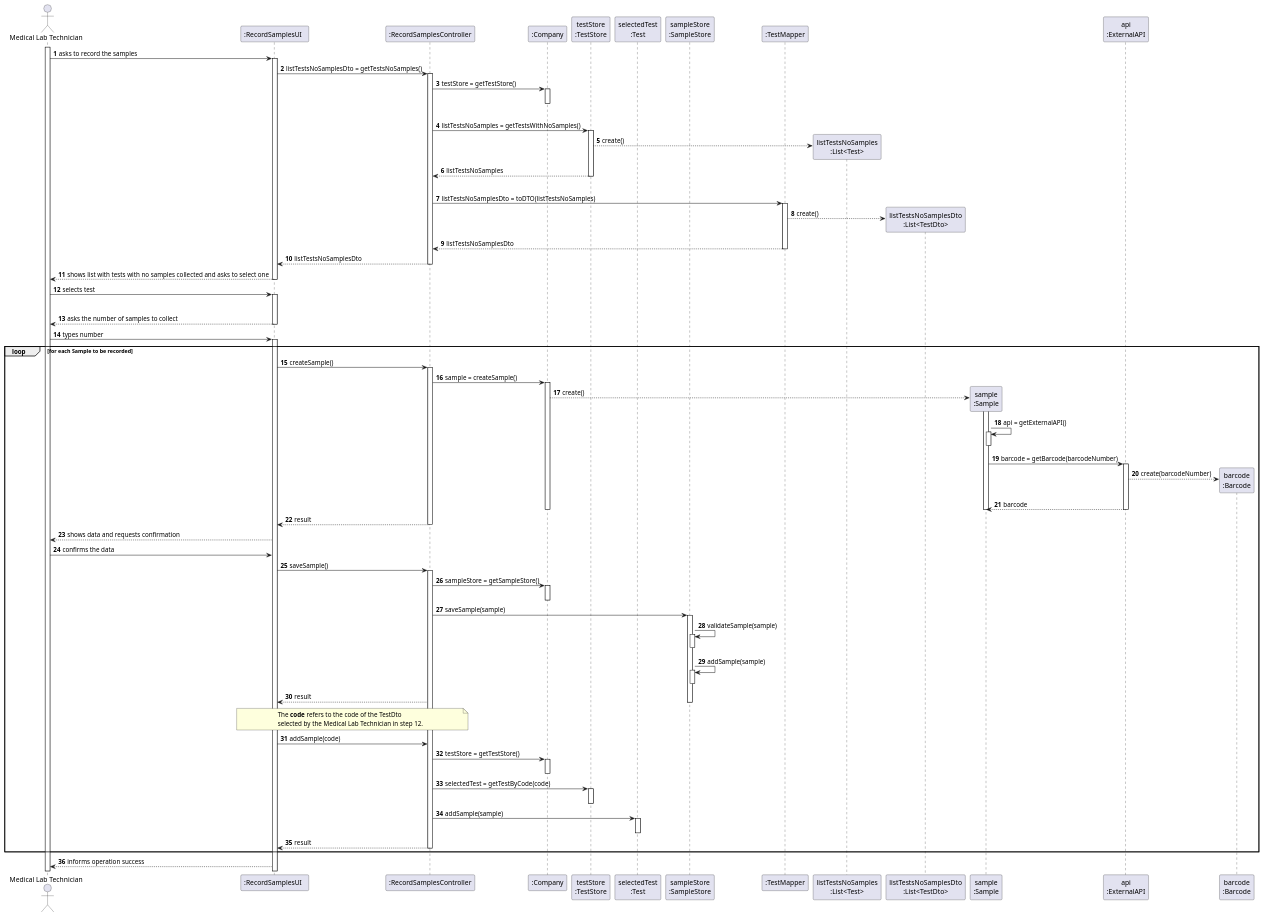
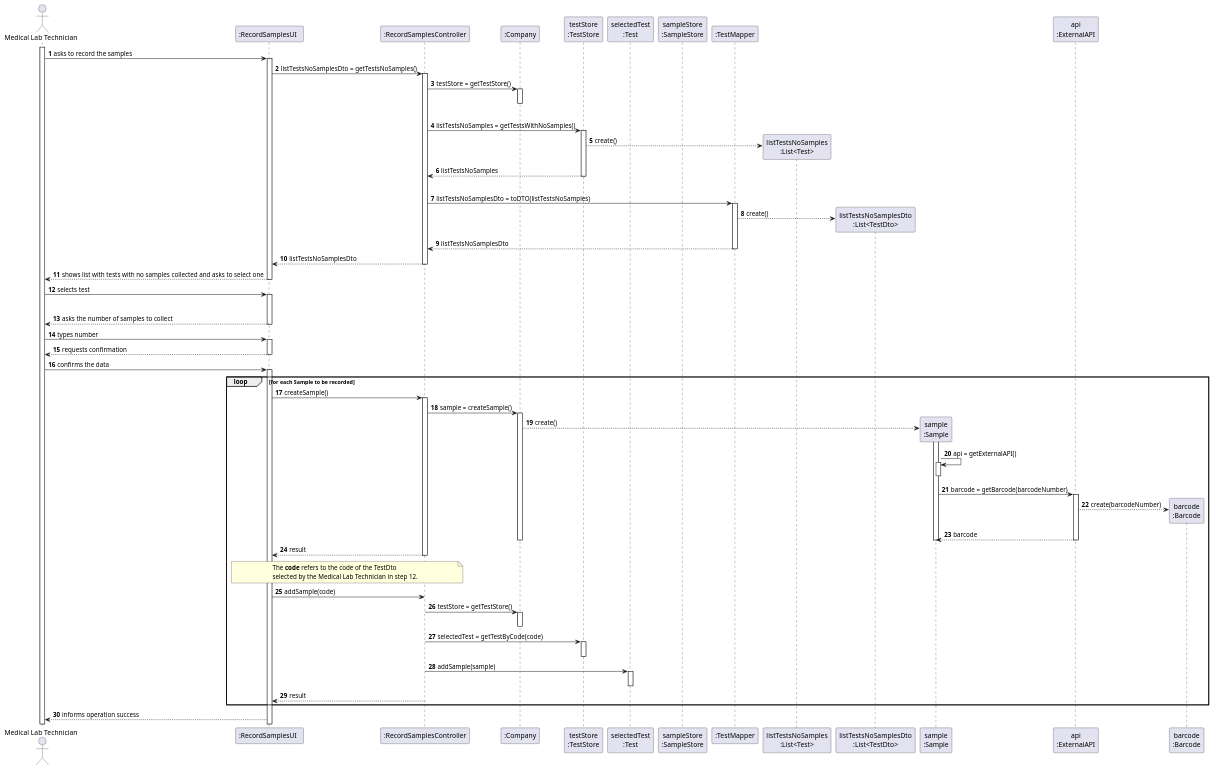
Before and after one commit to ana-albergaria/LAPR2-ISEP: the diagram in docs/SprintC/US_5/US5_SD.puml, drawn with PlantUML. The commit also changed 9 other files, not shown here.

```diff
--- a/docs/SprintC/US_5/US5_SD.puml
+++ b/docs/SprintC/US_5/US5_SD.puml
@@ -1,192 +1,199 @@
 @startuml
 
 autonumber
 
 actor "Medical Lab Technician" as MLT
 
 participant ":RecordSamplesUI  " as UI
 participant ":RecordSamplesController" as CTRL
 participant ":Company" as COMPANY
 participant "testStore\n:TestStore" as TEST_STORE
 participant "selectedTest\n:Test" as SELECTED_TEST
 participant "sampleStore\n:SampleStore" as SAMPLE_STORE
 participant ":TestMapper" as TEST_MAPPER
 participant "listTestsNoSamples\n:List<Test>" as LIST_TESTS_NO_SAMPLES
 participant "listTestsNoSamplesDto\n:List<TestDto>" as LIST_TESTS_NO_SAMPLES_DTO
 participant "sample\n:Sample" as SAMPLE
 participant "api\n:ExternalAPI" as API
 participant "barcode\n:Barcode" as BARCODE
 
 activate MLT
 MLT -> UI : asks to record the samples
 activate UI
 
 UI -> CTRL : listTestsNoSamplesDto = getTestsNoSamples()
 activate CTRL
 
 CTRL -> COMPANY : testStore = getTestStore()
 activate COMPANY
 |||
 deactivate COMPANY
 
 CTRL -> TEST_STORE : listTestsNoSamples = getTestsWithNoSamples()
 activate TEST_STORE
 
 TEST_STORE --> LIST_TESTS_NO_SAMPLES** : create()
 
 TEST_STORE --> CTRL : listTestsNoSamples
 deactivate TEST_STORE
 |||
 
 CTRL -> TEST_MAPPER : listTestsNoSamplesDto = toDTO(listTestsNoSamples)
 activate TEST_MAPPER
 
 TEST_MAPPER --> LIST_TESTS_NO_SAMPLES_DTO** : create()
 
 TEST_MAPPER --> CTRL : listTestsNoSamplesDto
 deactivate TEST_MAPPER
 
 CTRL --> UI : listTestsNoSamplesDto
 deactivate CTRL
 
 UI --> MLT : shows list with tests with no samples collected and asks to select one
 deactivate UI
 
 
 MLT -> UI : selects test
 activate UI
 
 /'UI -> UI : selectedTestDto = (TestDto) Utils.showAndSelectOne(listTestWithNoSamplesDto, "msg")
 activate UI
 deactivate UI'/
 
 /'note over UI, CTRL
 The **code** refers to the code of the TestDto
 selected by the Medical Lab Technician.
 end note
 UI -> CTRL : selectedTest = getTestByCode(code)
 activate CTRL
 
 CTRL -> COMPANY : testStore = getTestStore()
 activate COMPANY
 deactivate COMPANY
 
 CTRL -> TEST_STORE : selectedTest = getTestByCode(code)
 activate TEST_STORE
 TEST_STORE --> SELECTED_TEST** : create()
 TEST_STORE --> CTRL : selectedTest
 deactivate TEST_STORE
 
 CTRL --> UI : selectedTest'/
 
 deactivate CTRL
 
 
 UI --> MLT : asks the number of samples to collect
 deactivate UI
 
 MLT -> UI : types number
 activate UI
 
+UI --> MLT : requests confirmation
+deactivate UI
+
+MLT -> UI : confirms the data
+activate UI
+
 loop for each Sample to be recorded
 UI -> CTRL : createSample()
 activate CTRL
 
 CTRL -> COMPANY : sample = createSample()
 activate COMPANY
 
 COMPANY --> SAMPLE** : create()
 
 
 activate SAMPLE
 
 
 SAMPLE -> SAMPLE : api = getExternalAPI()
 activate SAMPLE
 deactivate SAMPLE
 
 
 
 SAMPLE -> API : barcode = getBarcode(barcodeNumber)
 activate API
 
 API --> BARCODE** : create(barcodeNumber)
 
 API --> SAMPLE : barcode
 deactivate SAMPLE
 deactivate COMPANY
 deactivate API
 
 CTRL --> UI : result
 deactivate CTRL
 
 
 
-UI --> MLT : shows data and requests confirmation
+/'UI --> MLT : shows data and requests confirmation
 
-MLT -> UI : confirms the data
+MLT -> UI : confirms the data'/
 
+/' SAVESAMPLE()
 UI -> CTRL : saveSample()
 activate CTRL
 
 CTRL -> COMPANY : sampleStore = getSampleStore()
 activate COMPANY
 deactivate COMPANY
 
 CTRL -> SAMPLE_STORE : saveSample(sample)
 activate SAMPLE_STORE
 
 
 SAMPLE_STORE -> SAMPLE_STORE : validateSample(sample)
 activate SAMPLE_STORE
 deactivate SAMPLE_STORE
 
 SAMPLE_STORE -> SAMPLE_STORE : addSample(sample)
 activate SAMPLE_STORE
 deactivate SAMPLE_STORE
 
 CTRL --> UI : result
 
 deactivate SAMPLE_STORE
-
+'/
 
 
 note over UI, CTRL
 The **code** refers to the code of the TestDto
 selected by the Medical Lab Technician in step 12.
 end note
 UI -> CTRL : addSample(code)
 
 
 
 
 CTRL -> COMPANY : testStore = getTestStore()
 activate COMPANY
 deactivate COMPANY
 
 CTRL -> TEST_STORE : selectedTest = getTestByCode(code)
 activate TEST_STORE
 deactivate TEST_STORE
 
 CTRL -> SELECTED_TEST : addSample(sample)
 activate SELECTED_TEST
 deactivate SELECTED_TEST
 
 
 /'dentro do método addSample, vai-se verificar se a sample já está lá?'/
 
 CTRL --> UI : result
 
 deactivate CTRL
 
 end
 
 UI --> MLT : informs operation success
 
 
 /'colocar requests confirmation
 e confirms the data em cima'/
 
 
 
 @enduml
```
